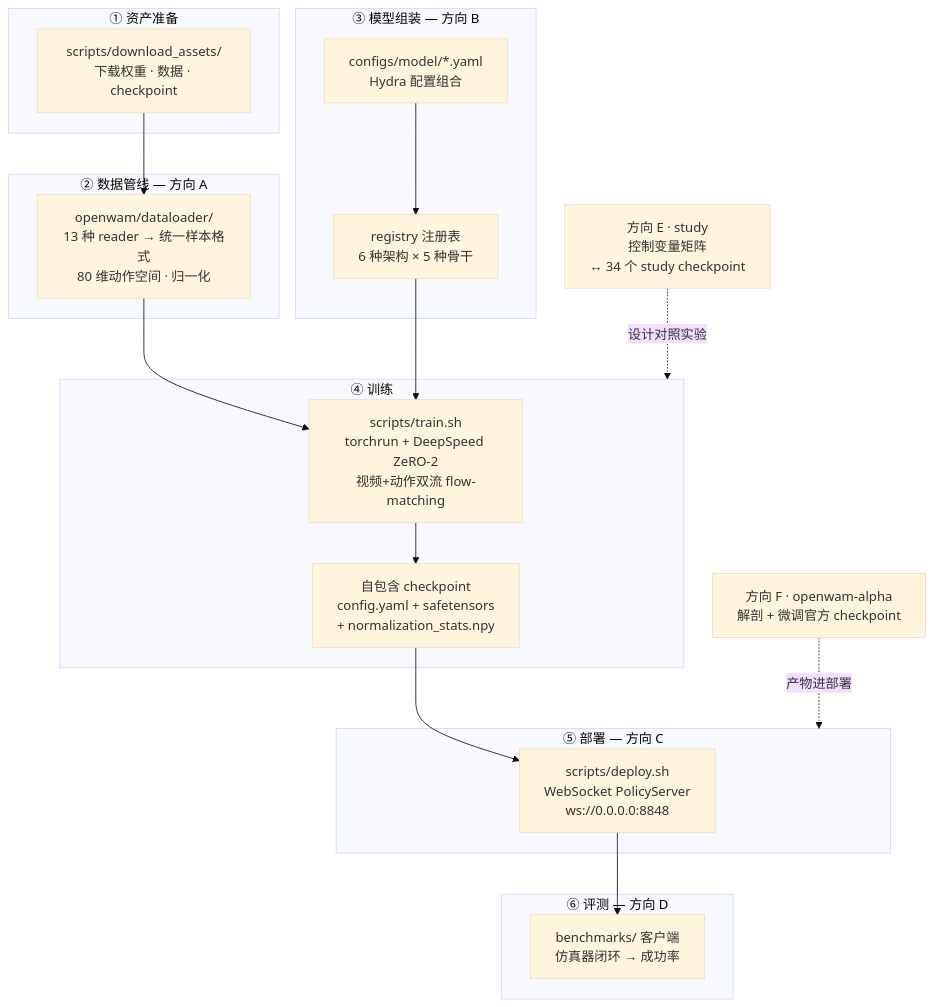
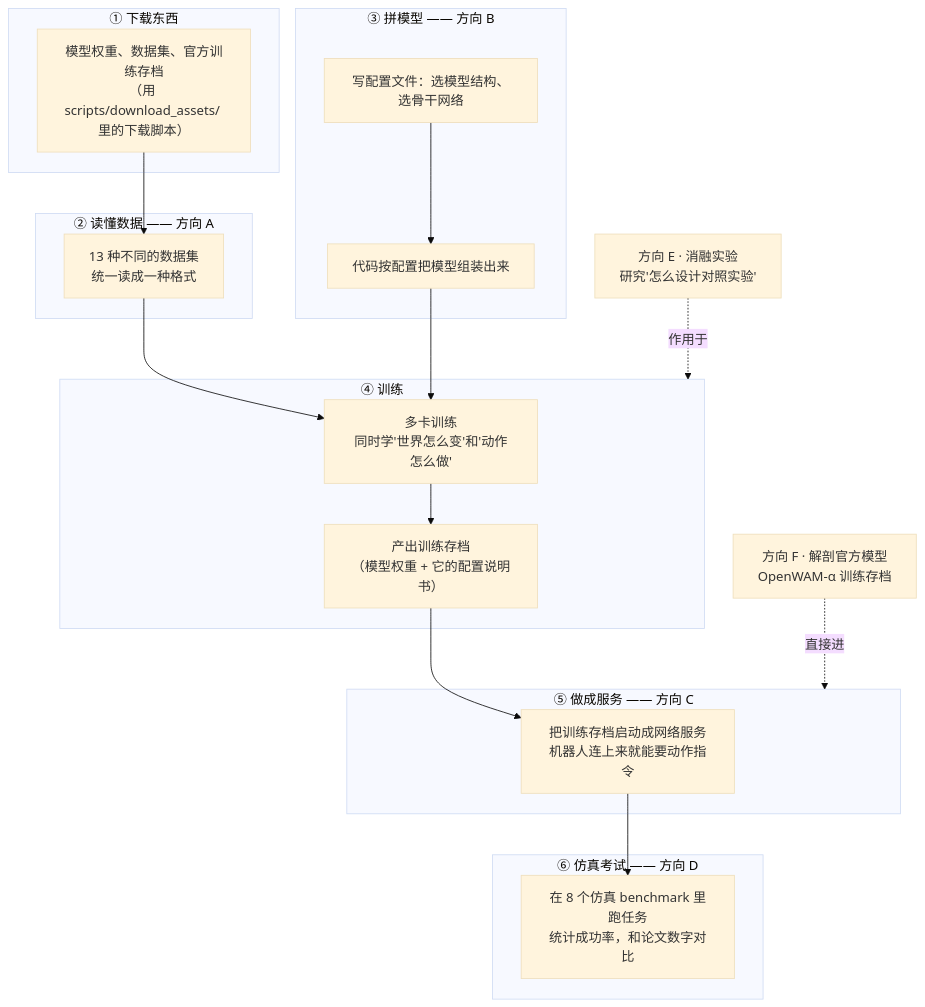
The first of 2 diagrams in OpenWAM任务书/README.md (sasasatori/kaiyuan), drawn with Mermaid (base theme) before and after one commit. The commit also changed other lines of this file and 14 other files, not shown here.

````diff
--- a/OpenWAM任务书/README.md
+++ b/OpenWAM任务书/README.md
@@ -23,30 +24,30 @@
 ```mermaid
 flowchart TD
-    subgraph S1["① 资产准备"]
-        DL["scripts/download_assets/<br/>下载权重 · 数据 · checkpoint"]
+    subgraph S1["① 下载东西"]
+        DL["模型权重、数据集、官方训练存档<br/>（用 scripts/download_assets/ 里的下载脚本）"]
     end
-    subgraph S2["② 数据管线 — 方向 A"]
-        DS["openwam/dataloader/<br/>13 种 reader → 统一样本格式<br/>80 维动作空间 · 归一化"]
+    subgraph S2["② 读懂数据 —— 方向 A"]
+        DS["13 种不同的数据集<br/>统一读成一种格式"]
     end
-    subgraph S3["③ 模型组装 — 方向 B"]
-        CFG["configs/model/*.yaml<br/>Hydra 配置组合"]
-        REG["registry 注册表<br/>6 种架构 × 5 种骨干"]
+    subgraph S3["③ 拼模型 —— 方向 B"]
+        CFG["写配置文件：选模型结构、选骨干网络"]
+        REG["代码按配置把模型组装出来"]
         CFG --> REG
     end
     subgraph S4["④ 训练"]
-        TR["scripts/train.sh<br/>torchrun + DeepSpeed ZeRO-2<br/>视频+动作双流 flow-matching"]
-        CKPT["自包含 checkpoint<br/>config.yaml + safetensors<br/>+ normalization_stats.npy"]
+        TR["多卡训练<br/>同时学'世界怎么变'和'动作怎么做'"]
+        CKPT["产出训练存档<br/>（模型权重 + 它的配置说明书）"]
         TR --> CKPT
     end
-    subgraph S5["⑤ 部署 — 方向 C"]
-        SRV["scripts/deploy.sh<br/>WebSocket PolicyServer<br/>ws://0.0.0.0:8848"]
+    subgraph S5["⑤ 做成服务 —— 方向 C"]
+        SRV["把训练存档启动成网络服务<br/>机器人连上来就能要动作指令"]
     end
-    subgraph S6["⑥ 评测 — 方向 D"]
-        EV["benchmarks/ 客户端<br/>仿真器闭环 → 成功率"]
+    subgraph S6["⑥ 仿真考试 —— 方向 D"]
+        EV["在 8 个仿真 benchmark 里跑任务<br/>统计成功率，和论文数字对比"]
     end
     DL --> DS --> TR
     REG --> TR
     CKPT --> SRV --> EV
-    SE["方向 E · study<br/>控制变量矩阵<br/>↔ 34 个 study checkpoint"] -. 设计对照实验 .-> S4
-    AL["方向 F · openwam-alpha<br/>解剖 + 微调官方 checkpoint"] -. 产物进部署 .-> S5
+    SE["方向 E · 消融实验<br/>研究'怎么设计对照实验'"] -. 作用于 .-> S4
+    AL["方向 F · 解剖官方模型<br/>OpenWAM-α 训练存档"] -. 直接进 .-> S5
 ```
````
